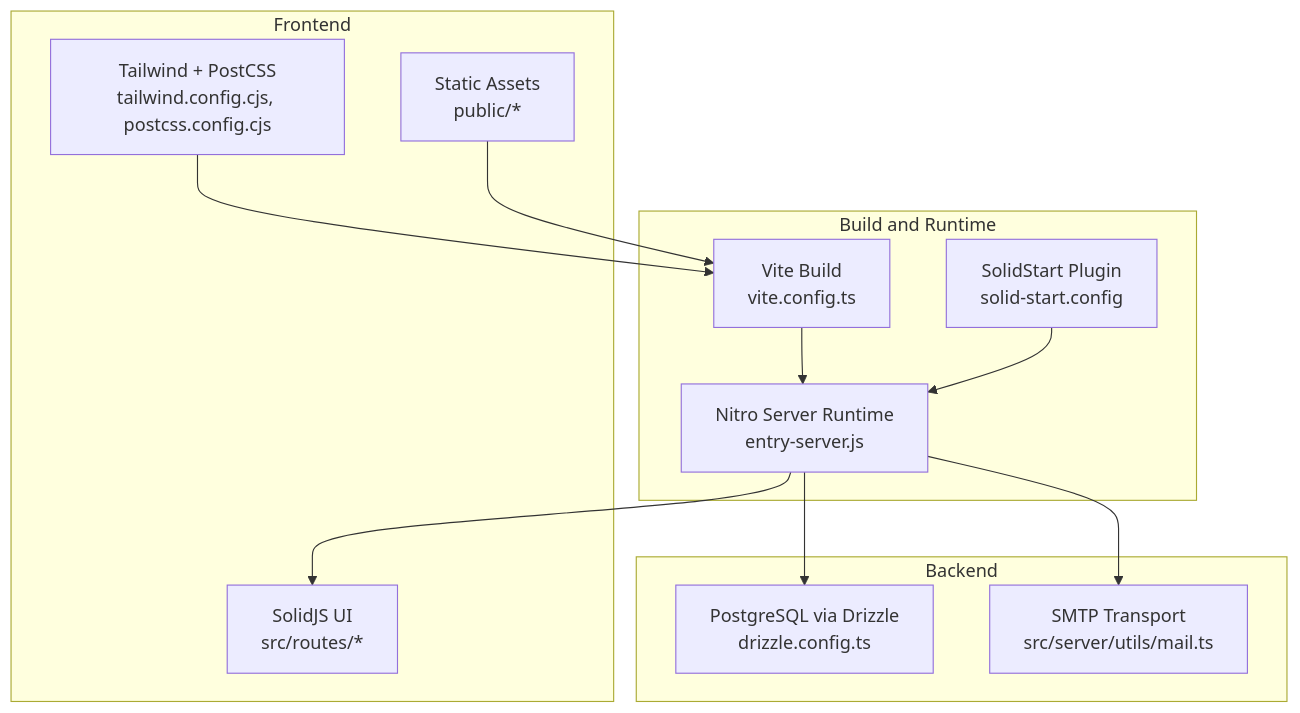
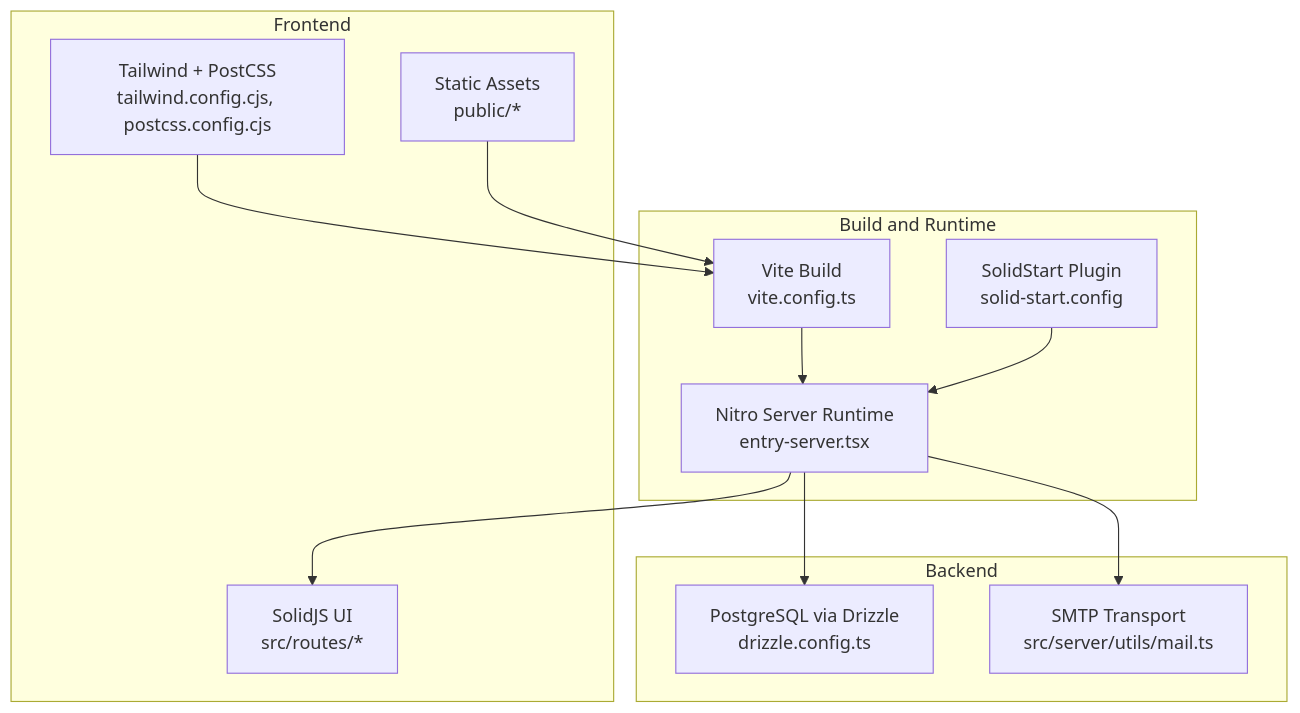
The first of 7 diagrams in .qoder/repowiki/en/content/Development Guidelines/Deployment Configuration.md (riod94/ngepos), drawn with Mermaid before and after one commit. The commit also changed other lines of this file and 18 other files, not shown here.

````diff
--- a/.qoder/repowiki/en/content/Development Guidelines/Deployment Configuration.md
+++ b/.qoder/repowiki/en/content/Development Guidelines/Deployment Configuration.md
@@ -35,24 +46,24 @@
 ```mermaid
 graph TB
 subgraph "Build and Runtime"
 Vite["Vite Build<br/>vite.config.ts"]
-Nitro["Nitro Server Runtime<br/>entry-server.js"]
+Nitro["Nitro Server Runtime<br/>entry-server.tsx"]
 SolidStart["SolidStart Plugin<br/>solid-start.config"]
 end
 subgraph "Frontend"
 UI["SolidJS UI<br/>src/routes/*"]
 Assets["Static Assets<br/>public/*"]
 CSS["Tailwind + PostCSS<br/>tailwind.config.cjs, postcss.config.cjs"]
 end
 subgraph "Backend"
 DB["PostgreSQL via Drizzle<br/>drizzle.config.ts"]
 Mail["SMTP Transport<br/>src/server/utils/mail.ts"]
 end
 Vite --> Nitro
 SolidStart --> Nitro
 Nitro --> UI
 Nitro --> DB
 Nitro --> Mail
 CSS --> Vite
 Assets --> Vite
 ```
````
